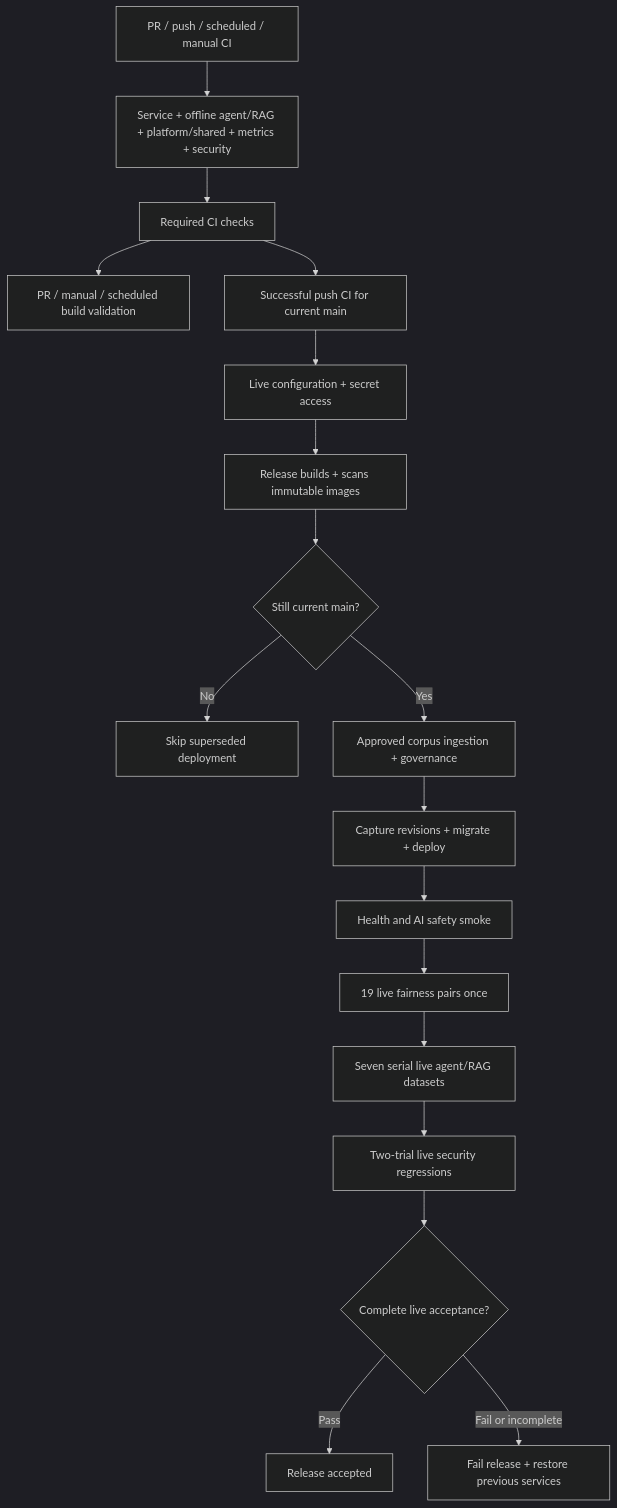
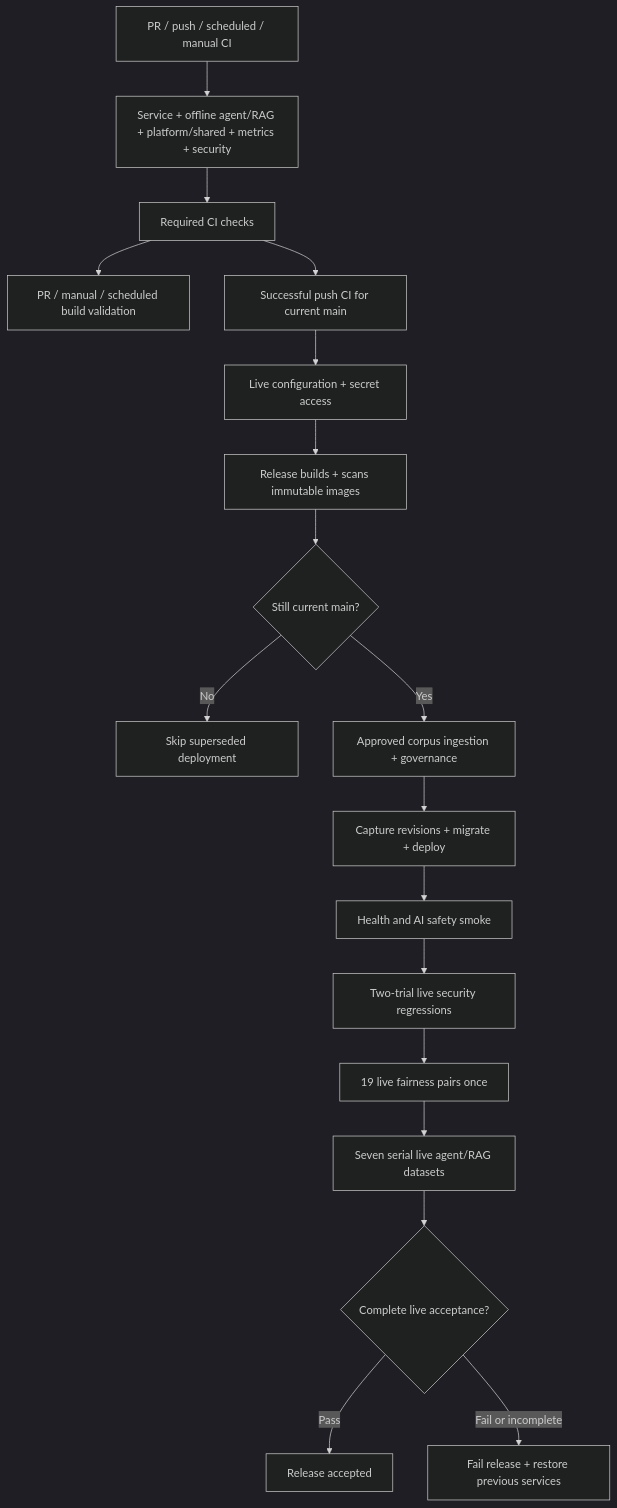
Before and after one commit to Seanleng99/nus-iss-ais-team9: the diagram in docs/agent-test-workflows.md, drawn with Mermaid (dark theme). The commit also changed other lines of this file and 5 other files, not shown here.

Commit message:
Gate live fairness and agent matrix after release security tests

````diff
--- a/docs/agent-test-workflows.md
+++ b/docs/agent-test-workflows.md
@@ -71,20 +71,20 @@
 ```mermaid
 flowchart TD
     Start[PR / push / scheduled / manual CI] --> Tests[Service + offline agent/RAG + platform/shared + metrics + security]
     Tests --> Gate[Required CI checks]
     Gate --> PRBuild[PR / manual / scheduled build validation]
     Gate --> Push[Successful push CI for current main]
     Push --> Preflight[Live configuration + secret access]
     Preflight --> Build[Release builds + scans immutable images]
     Build --> Fresh{Still current main?}
     Fresh -->|No| Skip[Skip superseded deployment]
     Fresh -->|Yes| Corpus[Approved corpus ingestion + governance]
     Corpus --> Deploy[Capture revisions + migrate + deploy]
     Deploy --> Smoke[Health and AI safety smoke]
-    Smoke --> Fairness[19 live fairness pairs once]
+    Smoke --> Security[Two-trial live security regressions]
+    Security --> Fairness[19 live fairness pairs once]
     Fairness --> Agents[Seven serial live agent/RAG datasets]
-    Agents --> Security[Two-trial live security regressions]
-    Security --> Acceptance{Complete live acceptance?}
+    Agents --> Acceptance{Complete live acceptance?}
     Acceptance -->|Pass| Success[Release accepted]
     Acceptance -->|Fail or incomplete| Rollback[Fail release + restore previous services]
 ```
````
